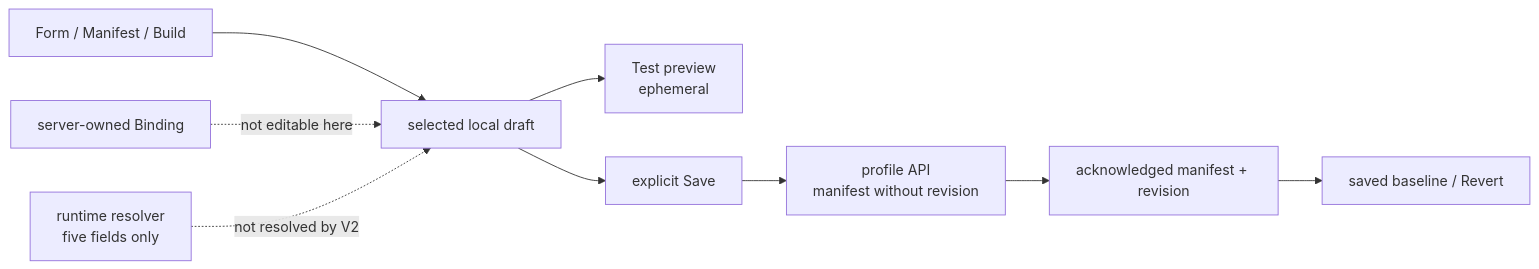
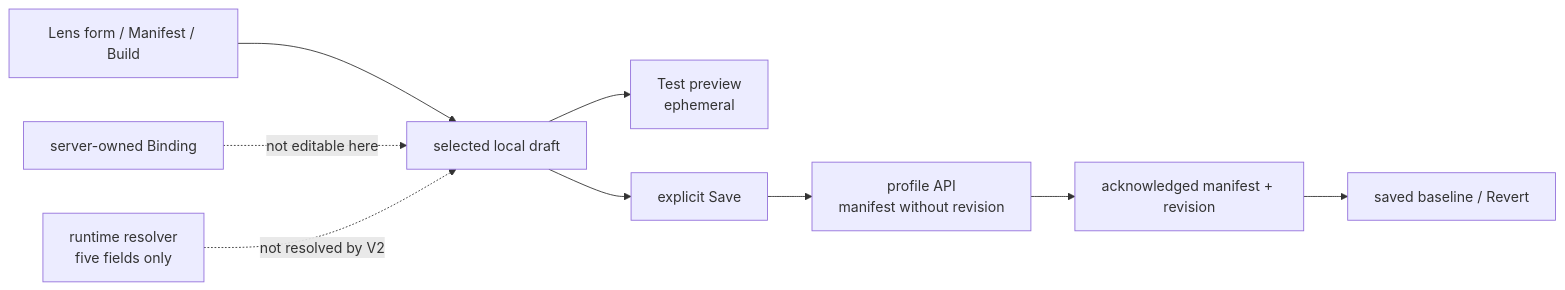
One commit to Resonant-Jones/Codexify changed the diagram in docs/architecture/persona-studio.md. Above: the diagram before and after it, drawn with Mermaid. The commit also changed other lines of this file and 2 other files, not shown here.

First line of the commit message:
docs(architecture): reconcile Persona Studio docs with the Lens editor

````diff
--- a/docs/architecture/persona-studio.md
+++ b/docs/architecture/persona-studio.md
@@ -153,11 +181,11 @@
 ```mermaid
 flowchart LR
-    A["Form / Manifest / Build"] --> B["selected local draft"]
+    A["Lens form / Manifest / Build"] --> B["selected local draft"]
     B --> C["Test preview\nephemeral"]
     B --> D["explicit Save"]
     D --> E["profile API\nmanifest without revision"]
     E --> F["acknowledged manifest + revision"]
     F --> G["saved baseline / Revert"]
     H["server-owned Binding"] -. "not editable here" .-> B
     I["runtime resolver\nfive fields only"] -. "not resolved by V2" .-> B
 ```
````
